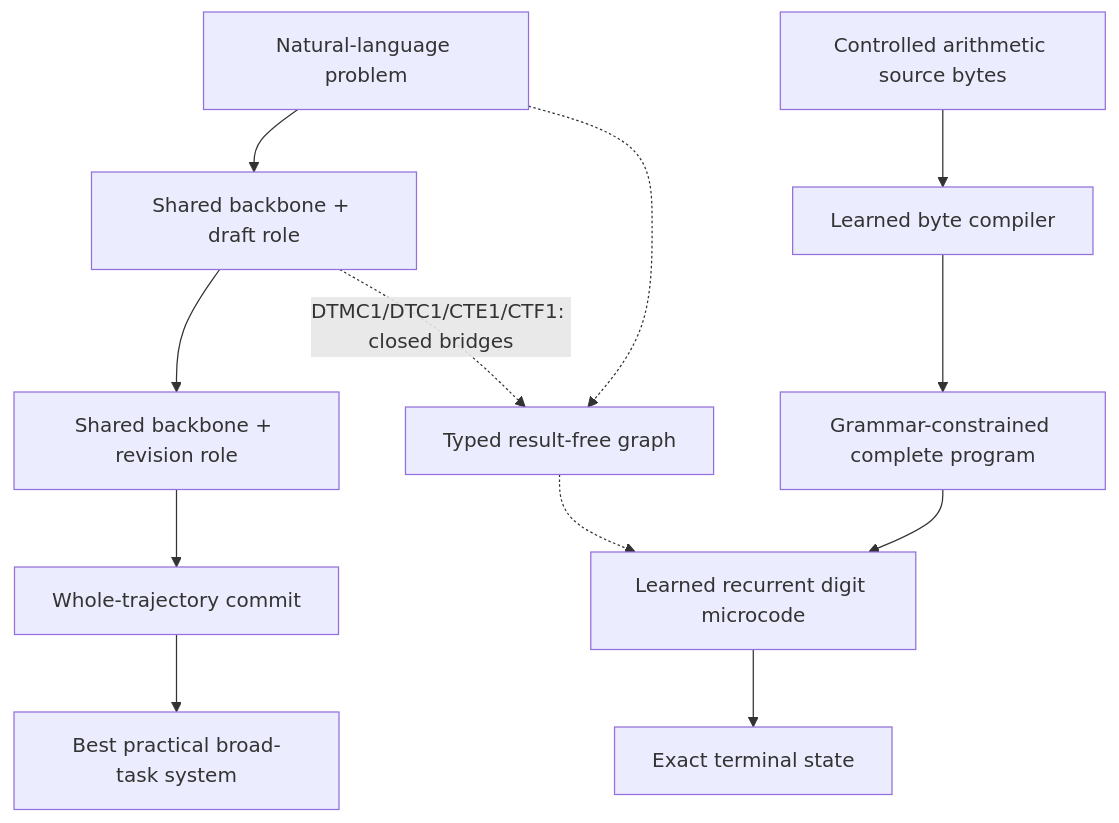
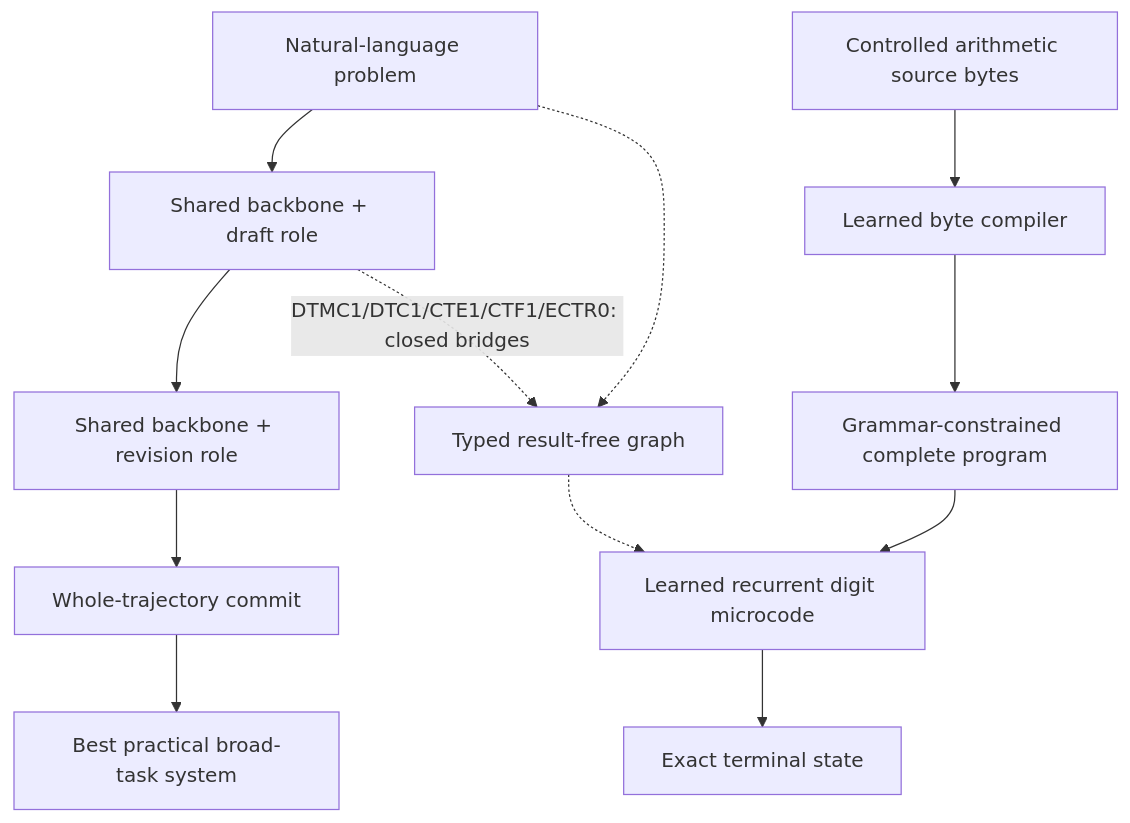
The first of 2 diagrams in SHOHIN.md (GodlyDonuts/shohin-ettr), drawn with Mermaid before and after one commit. The commit also changed other lines of this file and 4 other files, not shown here.

````diff
--- a/SHOHIN.md
+++ b/SHOHIN.md
@@ -127,17 +135,17 @@
 ```mermaid
 flowchart TB
     X["Natural-language problem"]
     X --> D["Shared backbone + draft role"]
     D --> R["Shared backbone + revision role"]
     R --> C["Whole-trajectory commit"]
     C --> B["Best practical broad-task system"]
 
     S["Controlled arithmetic source bytes"] --> BC["Learned byte compiler"]
     BC --> GP["Grammar-constrained complete program"]
     GP --> LM["Learned recurrent digit microcode"]
     LM --> T["Exact terminal state"]
 
-    D -. "DTMC1/DTC1/CTE1/CTF1: closed bridges" .-> TG["Typed result-free graph"]
+    D -. "DTMC1/DTC1/CTE1/CTF1/ECTR0: closed bridges" .-> TG["Typed result-free graph"]
     X -.-> TG
     TG -.-> LM
 ```
````
